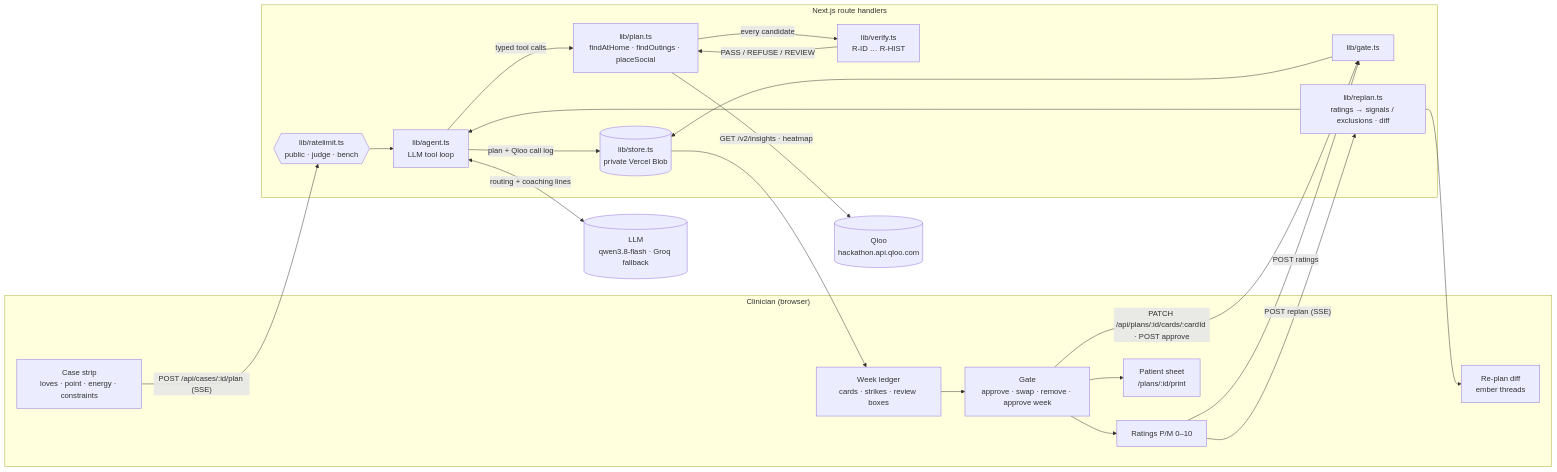
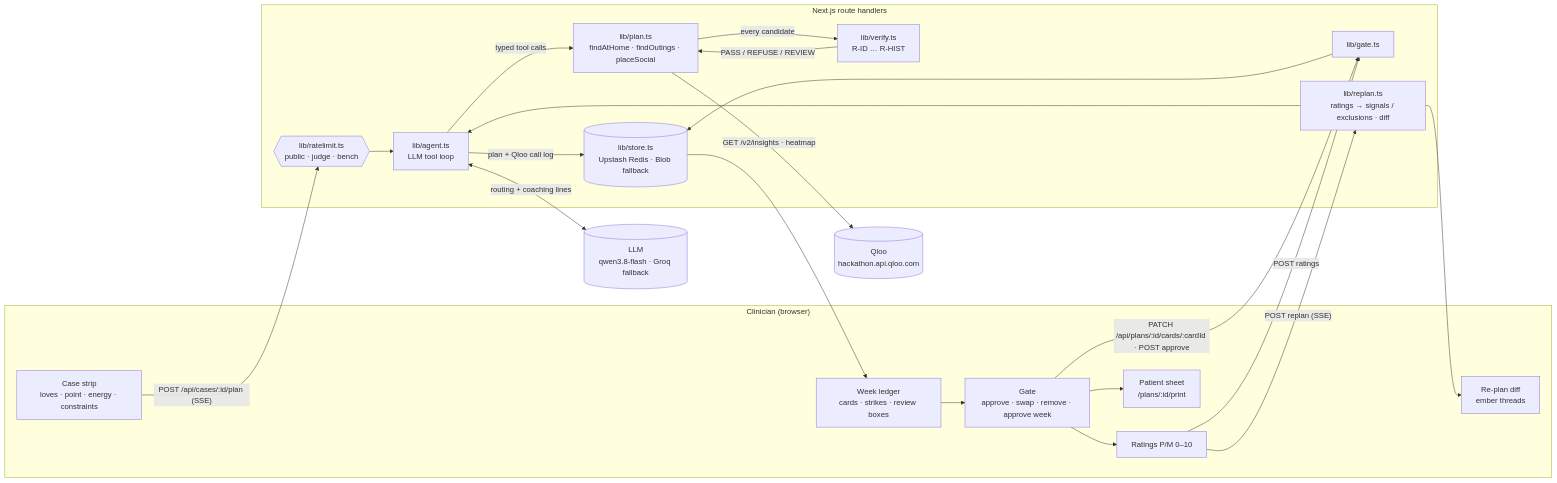
One commit to edycutjong/rekindle changed the diagram in ARCHITECTURE.md. Above: the diagram before and after it, drawn with Mermaid. The commit also changed other lines of this file and 1 other file, not shown here.

Commit message:
a2a r06 docs: store line (Upstash Redis when configured, Blob fallback, STORE_BACKEND=blob rollback), safe mode and page-read metering in README and ARCHITECTURE (edge-state table, health probe); regenerated numbers (218 tests, coverage 93.82% lines)

````diff
--- a/ARCHITECTURE.md
+++ b/ARCHITECTURE.md
@@ -14,37 +14,37 @@
 ```mermaid
 flowchart LR
   subgraph Clinician["Clinician (browser)"]
     I[Case strip<br/>loves · point · energy · constraints]
     L[Week ledger<br/>cards · strikes · review boxes]
     G[Gate<br/>approve · swap · remove · approve week]
     R[Ratings P/M 0–10]
     D[Re-plan diff<br/>ember threads]
     P[Patient sheet<br/>/plans/:id/print]
   end
 
   subgraph Server["Next.js route handlers"]
     RL{{lib/ratelimit.ts<br/>public · judge · bench}}
     A[lib/agent.ts<br/>LLM tool loop]
     T[lib/plan.ts<br/>findAtHome · findOutings · placeSocial]
     V[lib/verify.ts<br/>R-ID … R-HIST]
     GT[lib/gate.ts]
     RP[lib/replan.ts<br/>ratings → signals / exclusions · diff]
-    S[(lib/store.ts<br/>private Vercel Blob)]
+    S[(lib/store.ts<br/>Upstash Redis · Blob fallback)]
   end
 
   Q[(Qloo<br/>hackathon.api.qloo.com)]
   M[(LLM<br/>qwen3.8-flash · Groq fallback)]
 
   I -- POST /api/cases/:id/plan (SSE) --> RL --> A
   A -- typed tool calls --> T
   A <-- routing + coaching lines --> M
   T -- GET /v2/insights · heatmap --> Q
   T -- every candidate --> V
   V -- PASS / REFUSE / REVIEW --> T
   A -- plan + Qloo call log --> S --> L
   L --> G -- PATCH /api/plans/:id/cards/:cardId · POST approve --> GT --> S
   G --> R -- POST ratings --> GT
   R -- POST replan (SSE) --> RP --> A
   RP --> D
   G --> P
 ```
````
